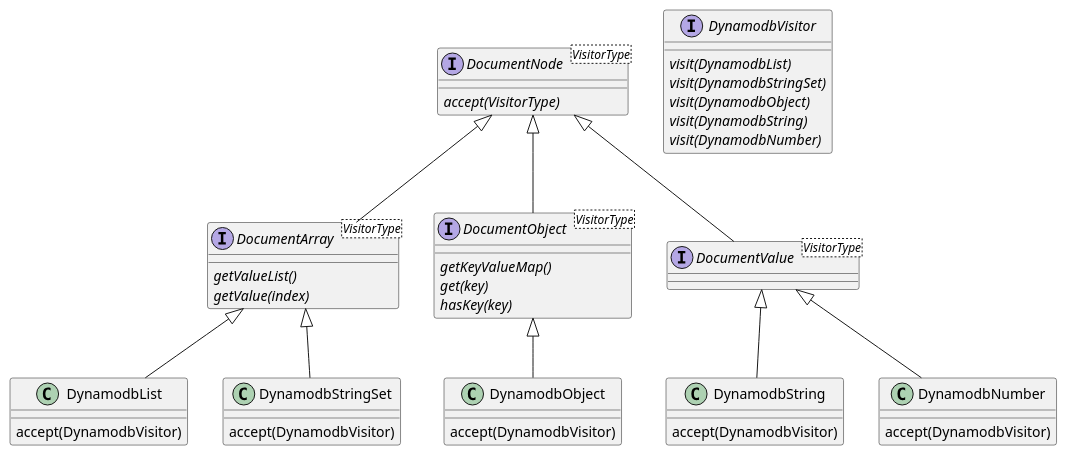
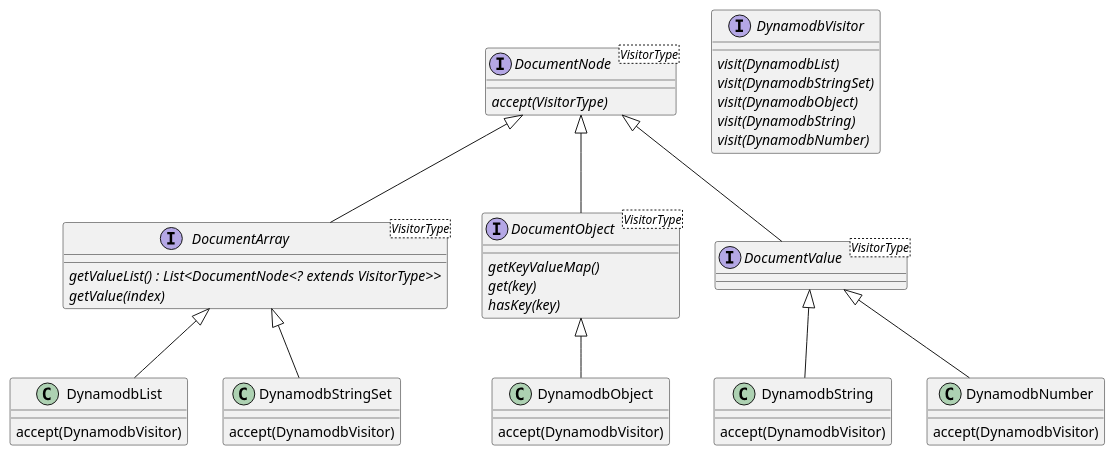
One commit to exasol/dynamodb-virtual-schema changed the diagram in doc/diagrams/documentnode.puml. Above: the diagram before and after it, drawn with PlantUML. The commit also changed 7 other files, not shown here.

```diff
--- a/doc/diagrams/documentnode.puml
+++ b/doc/diagrams/documentnode.puml
@@ -1,56 +1,56 @@
 @startuml
 
 interface DocumentNode<VisitorType>{
 {abstract} accept(VisitorType)
 }
 interface DocumentArray<VisitorType>{
-{abstract} getValueList()
+{abstract} getValueList() : List<DocumentNode<? extends VisitorType>>
 {abstract} getValue(index)
 }
 interface DocumentObject<VisitorType>{
 {abstract} getKeyValueMap()
 {abstract} get(key)
 {abstract} hasKey(key)
 }
 interface DocumentValue<VisitorType>{
 }
 
 interface DynamodbVisitor{
 {abstract} visit(DynamodbList)
 {abstract} visit(DynamodbStringSet)
 {abstract} visit(DynamodbObject)
 {abstract} visit(DynamodbString)
 {abstract} visit(DynamodbNumber)
 }
 
 DocumentNode <|-- DocumentArray
 DocumentNode <|-- DocumentObject
 DocumentNode <|-- DocumentValue
 
 DocumentArray <|-- DynamodbList
 DocumentArray <|-- DynamodbStringSet
 DocumentObject <|-- DynamodbObject
 DocumentValue <|-- DynamodbString
 DocumentValue <|-- DynamodbNumber
 
 class DynamodbList{
 accept(DynamodbVisitor)
 }
 
 class DynamodbStringSet{
 accept(DynamodbVisitor)
 }
 
 class DynamodbObject{
 accept(DynamodbVisitor)
 }
 
 class DynamodbString{
 accept(DynamodbVisitor)
 }
 
 class DynamodbNumber{
 accept(DynamodbVisitor)
 }
 
 @enduml
```
